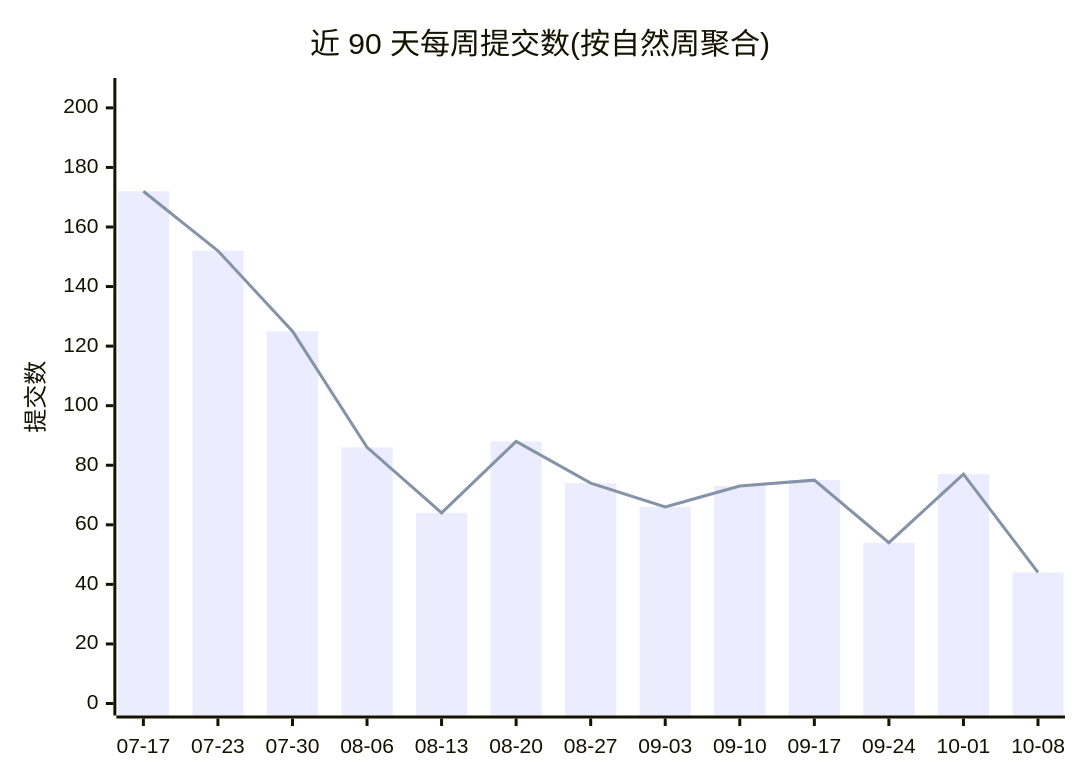
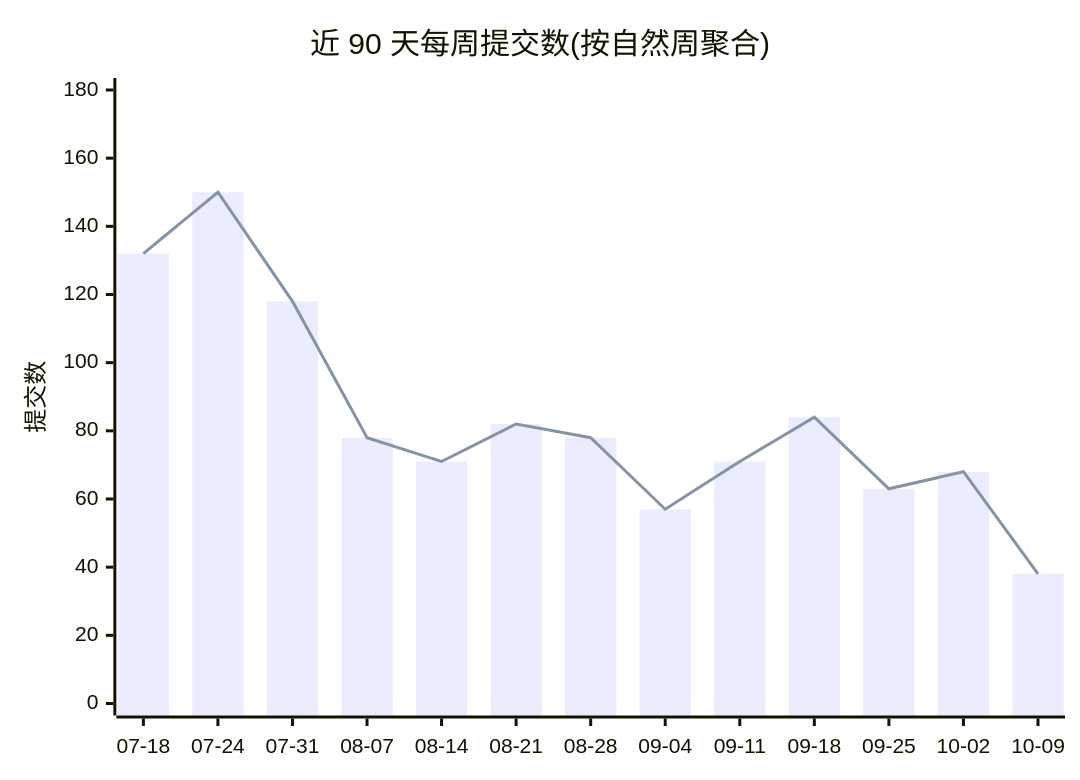
Before and after one commit to Conflux-Union/.github: the first of 2 diagrams in profile/README.md, drawn with Mermaid. The commit also changed other lines of this file and 1 other file, not shown here.

````diff
--- a/profile/README.md
+++ b/profile/README.md
@@ -44,8 +44,8 @@
 ```mermaid
 xychart-beta
     title "近 90 天每周提交数(按自然周聚合)"
-    x-axis ["07-17", "07-23", "07-30", "08-06", "08-13", "08-20", "08-27", "09-03", "09-10", "09-17", "09-24", "10-01", "10-08"]
-    y-axis "提交数" 0 --> 206
-    bar [172, 152, 125, 86, 64, 88, 74, 66, 73, 75, 54, 77, 44]
-    line [172, 152, 125, 86, 64, 88, 74, 66, 73, 75, 54, 77, 44]
+    x-axis ["07-18", "07-24", "07-31", "08-07", "08-14", "08-21", "08-28", "09-04", "09-11", "09-18", "09-25", "10-02", "10-09"]
+    y-axis "提交数" 0 --> 180
+    bar [132, 150, 118, 78, 71, 82, 78, 57, 71, 84, 63, 68, 38]
+    line [132, 150, 118, 78, 71, 82, 78, 57, 71, 84, 63, 68, 38]
 ```
````
